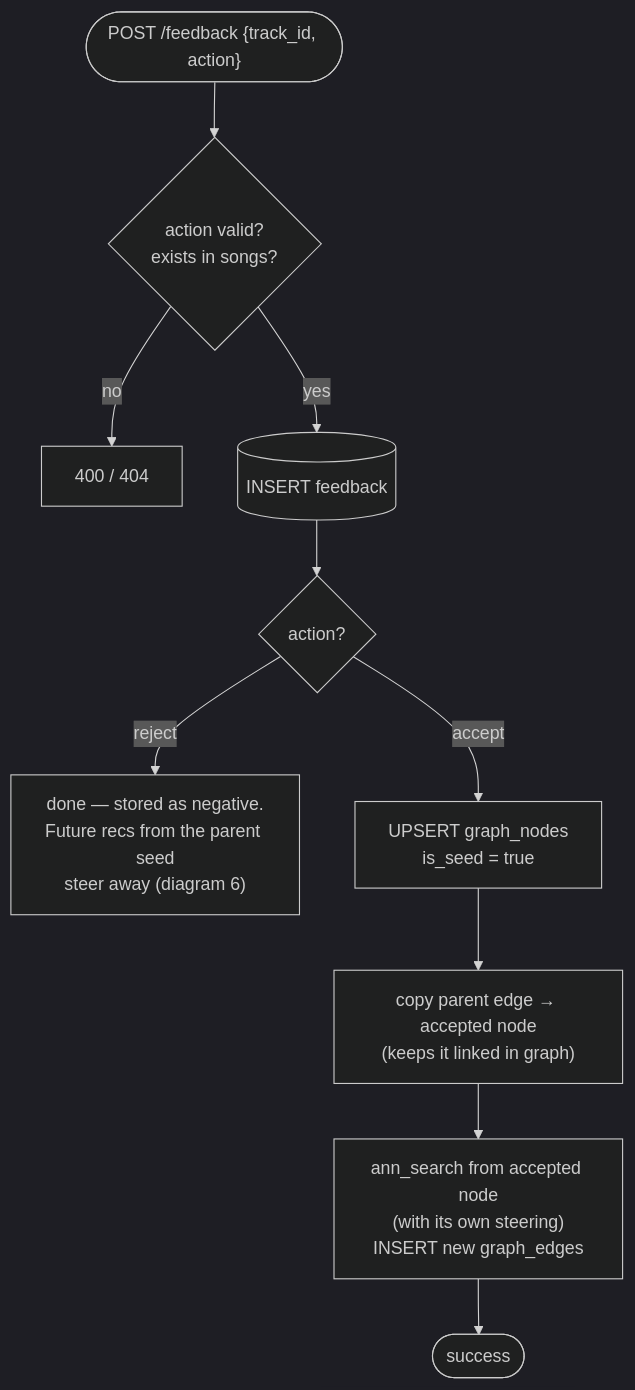
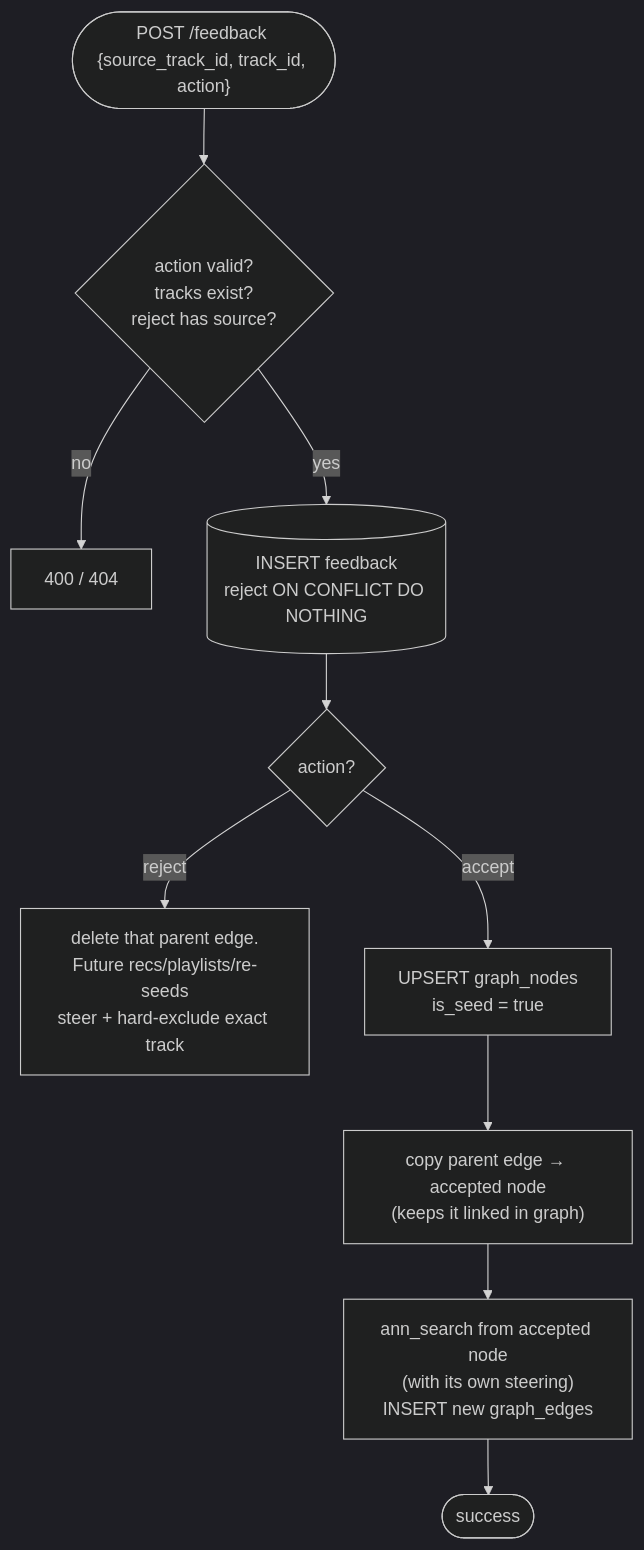
The tenth of 13 diagrams in ARCHITECTURE.md (pedro-boudoux/pyo), drawn with Mermaid (dark theme) before and after one commit. The commit also changed other lines of this file and 21 other files, not shown here.

Commit message:
Connect graph removal to parent-scoped rejection (#36)

````diff
--- a/ARCHITECTURE.md
+++ b/ARCHITECTURE.md
@@ -351,15 +352,15 @@
 ```mermaid
 flowchart TD
-    req(["POST /feedback {track_id, action}"]) --> valid{"action valid?<br/>exists in songs?"}
+    req(["POST /feedback {source_track_id, track_id, action}"]) --> valid{"action valid?<br/>tracks exist?<br/>reject has source?"}
     valid -->|no| err["400 / 404"]
-    valid -->|yes| log[("INSERT feedback")]
+    valid -->|yes| log[("INSERT feedback<br/>reject ON CONFLICT DO NOTHING")]
 
     log --> branch{"action?"}
 
-    branch -->|reject| rdone["done — stored as negative.<br/>Future recs from the parent seed<br/>steer away (diagram 6)"]
+    branch -->|reject| rdone["delete that parent edge.<br/>Future recs/playlists/re-seeds<br/>steer + hard-exclude exact track"]
 
     branch -->|accept| promote["UPSERT graph_nodes<br/>is_seed = true"]
     promote --> reparent["copy parent edge → accepted node<br/>(keeps it linked in graph)"]
     reparent --> rerun["ann_search from accepted node<br/>(with its own steering)<br/>INSERT new graph_edges"]
     rerun --> adone(["success"])
 ```
````
